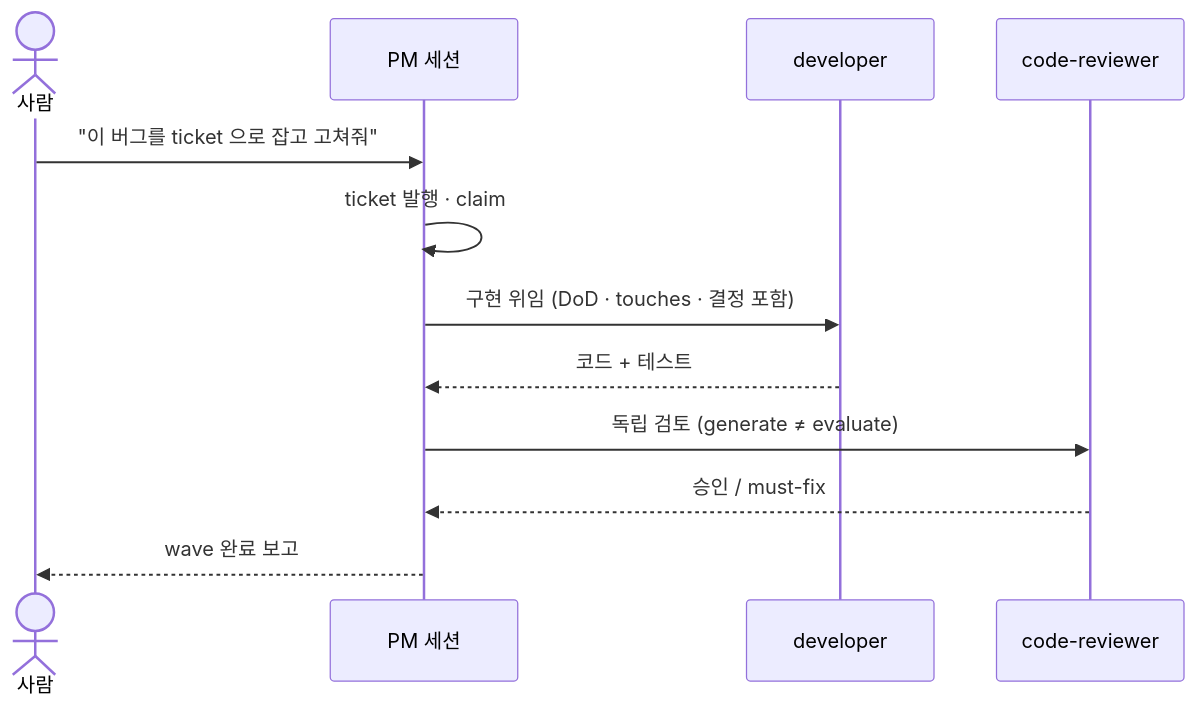
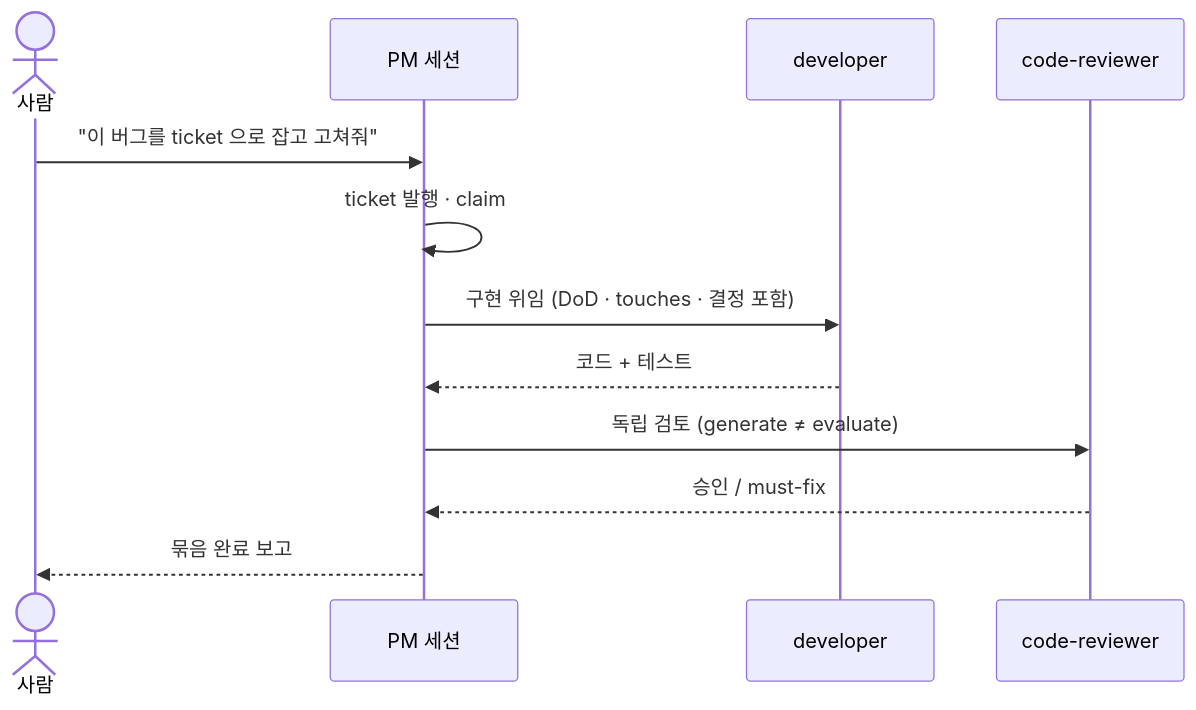
Before and after one commit to sumin-ahn/project_manager: the seventh of 12 diagrams in README.md, drawn with Mermaid. The commit also changed other lines of this file and 267 other files, not shown here.

````diff
--- a/README.md
+++ b/README.md
@@ -261,14 +261,14 @@
 ```mermaid
 sequenceDiagram
     actor U as 사람
     participant PM as PM 세션
     participant Dev as developer
     participant Rev as code-reviewer
     U->>PM: "이 버그를 ticket 으로 잡고 고쳐줘"
     PM->>PM: ticket 발행 · claim
     PM->>Dev: 구현 위임 (DoD · touches · 결정 포함)
     Dev-->>PM: 코드 + 테스트
     PM->>Rev: 독립 검토 (generate ≠ evaluate)
     Rev-->>PM: 승인 / must-fix
-    PM-->>U: wave 완료 보고
+    PM-->>U: 묶음 완료 보고
 ```
````
